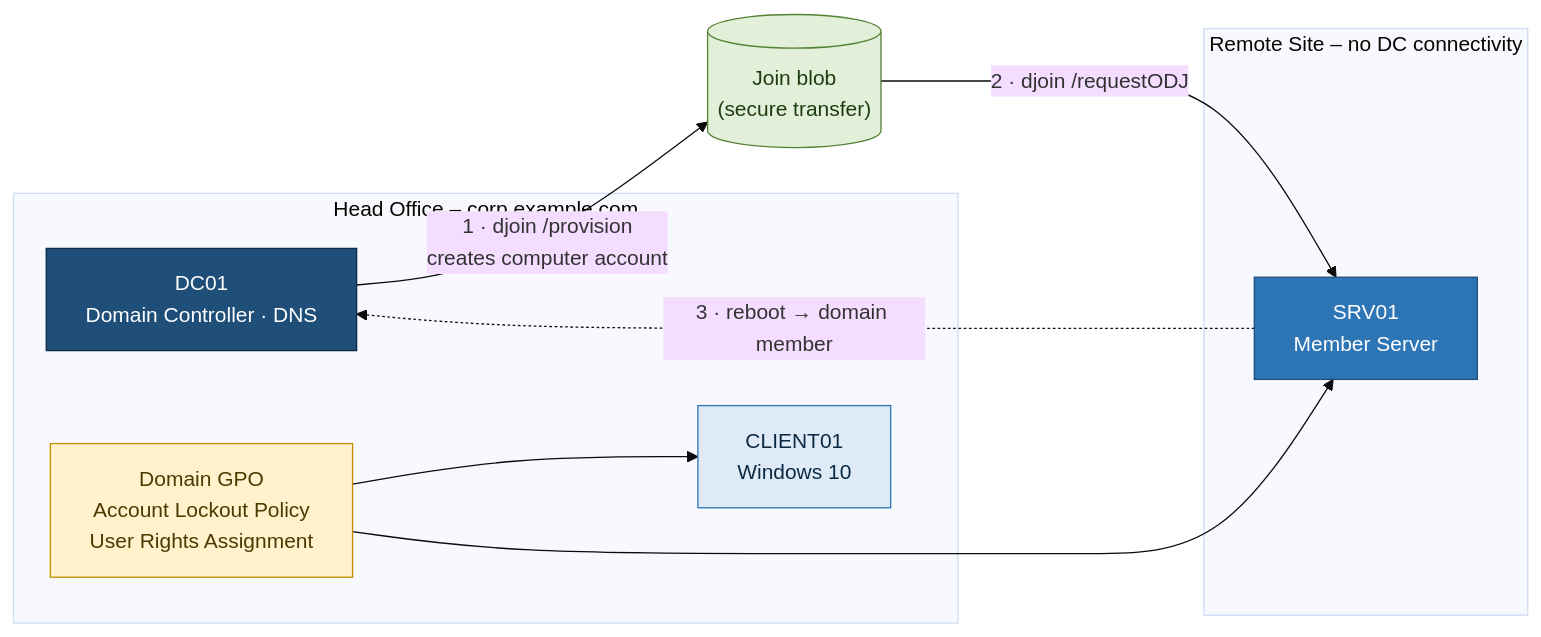
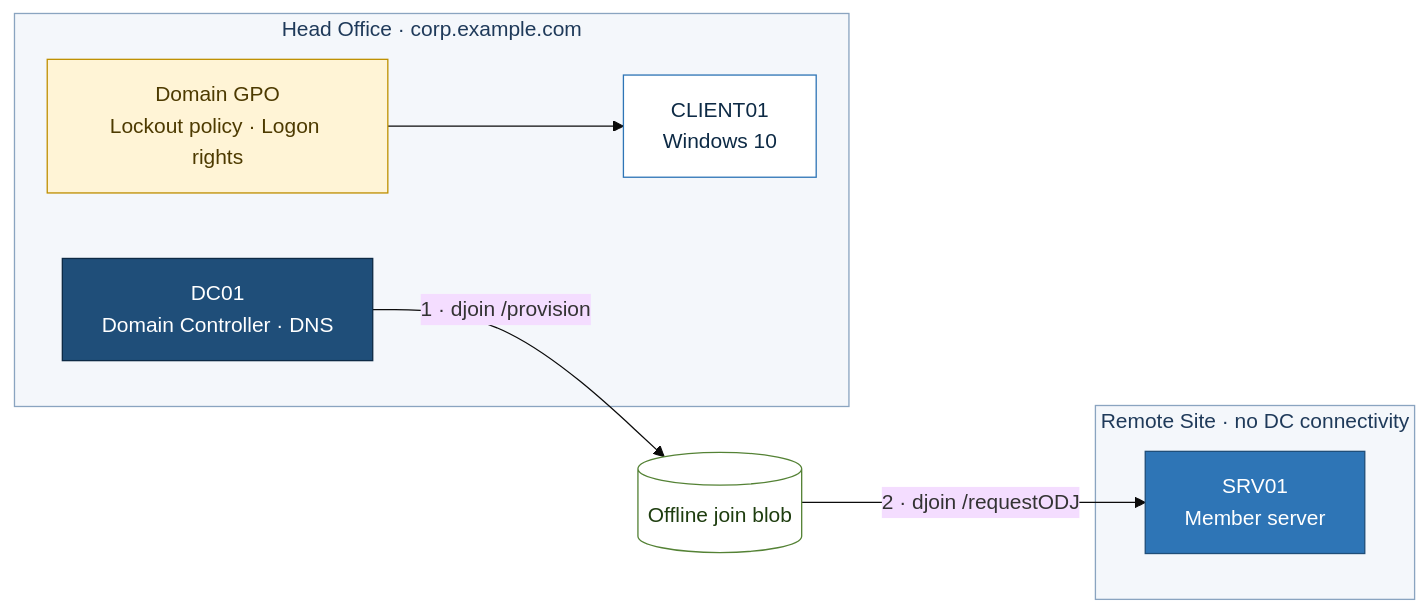
Before and after one commit to arion-zone/IT-Support-Labs: the diagram in Enterprise-Network-Labs/01-offline-domain-join-and-account-auditing/README.md, drawn with Mermaid (base theme). The commit also changed 4 other files, not shown here.

Commit message:
Polish architecture diagrams: compact layouts and consistent styling

````diff
--- a/Enterprise-Network-Labs/01-offline-domain-join-and-account-auditing/README.md
+++ b/Enterprise-Network-Labs/01-offline-domain-join-and-account-auditing/README.md
@@ -11,23 +11,24 @@
 ```mermaid
 flowchart LR
-    subgraph HQ["Head Office – corp.example.com"]
+    subgraph HQ["Head Office · corp.example.com"]
         DC01["DC01<br/>Domain Controller · DNS"]:::dc
-        GPO["Domain GPO<br/>Account Lockout Policy<br/>User Rights Assignment"]:::policy
+        GPO["Domain GPO<br/>Lockout policy · Logon rights"]:::policy
         CLIENT["CLIENT01<br/>Windows 10"]:::client
     end
-    subgraph SITE["Remote Site – no DC connectivity"]
-        SRV01["SRV01<br/>Member Server"]:::srv
+    BLOB[("Offline join blob")]:::data
+    subgraph SITE["Remote Site · no DC connectivity"]
+        SRV01["SRV01<br/>Member server"]:::srv
     end
-    DC01 -- "1 · djoin /provision<br/>creates computer account" --> BLOB[("Join blob<br/>(secure transfer)")]:::net
+    DC01 -- "1 · djoin /provision" --> BLOB
     BLOB -- "2 · djoin /requestODJ" --> SRV01
-    SRV01 -. "3 · reboot → domain member" .-> DC01
     GPO --> CLIENT
-    GPO --> SRV01
+    class HQ,SITE zone
     classDef dc fill:#1f4e79,stroke:#0d2a45,color:#ffffff
     classDef srv fill:#2e75b6,stroke:#1f4e79,color:#ffffff
-    classDef client fill:#deebf7,stroke:#2e75b6,color:#0d2a45
-    classDef ro fill:#7f6000,stroke:#4d3a00,color:#ffffff
-    classDef net fill:#e2f0d9,stroke:#548235,color:#1e3d0f
-    classDef edge fill:#595959,stroke:#262626,color:#ffffff
-    classDef policy fill:#fff2cc,stroke:#bf9000,color:#4d3a00
+    classDef client fill:#ffffff,stroke:#2e75b6,color:#0d2a45
+    classDef ro fill:#8c6d1f,stroke:#5c4712,color:#ffffff
+    classDef data fill:#ffffff,stroke:#548235,color:#1e3d0f
+    classDef edge fill:#404040,stroke:#1a1a1a,color:#ffffff
+    classDef policy fill:#fff4d6,stroke:#bf9000,color:#4d3a00
+    classDef zone fill:#f4f7fb,stroke:#8aa4c0,color:#1f3a5a
 ```
````
